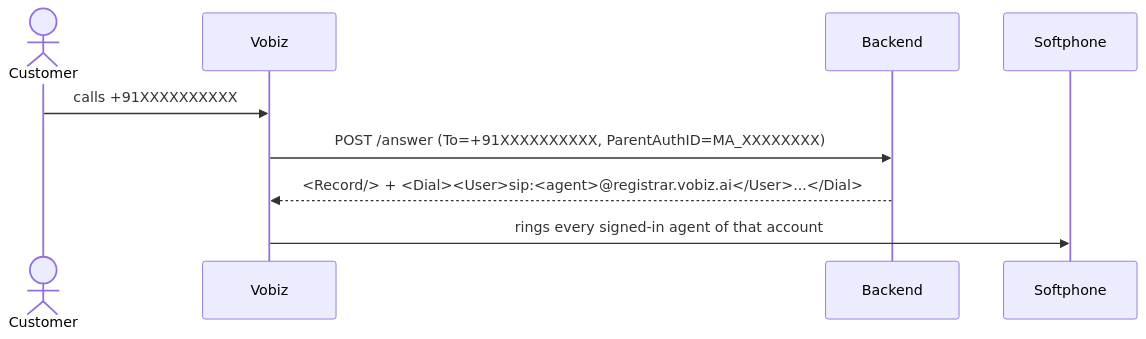
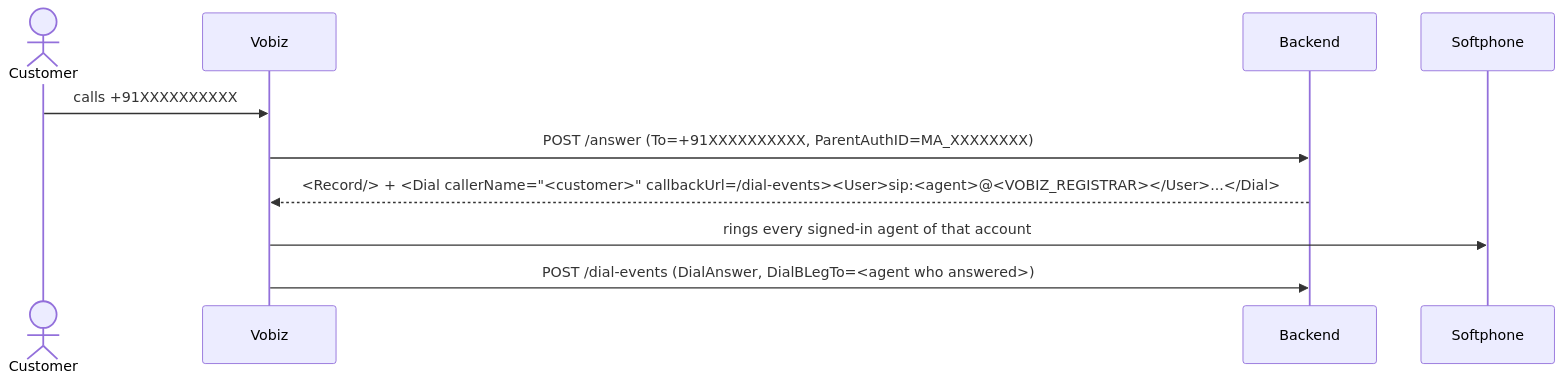
One commit to vobiz-ai/Vobiz-ServiceNow-Calling changed the third of 3 diagrams in docs/ARCHITECTURE.md. Above: the diagram before and after it, drawn with Mermaid. The commit also changed other lines of this file and 9 other files, not shown here.

First line of the commit message:
Ring only the requesting agent, log inbound calls once, longer record links (#4)

````diff
--- a/docs/ARCHITECTURE.md
+++ b/docs/ARCHITECTURE.md
@@ -71,11 +74,12 @@
 ```mermaid
 sequenceDiagram
     actor Customer
     participant Vobiz
     participant Backend
     participant Softphone
     Customer->>Vobiz: calls +91XXXXXXXXXX
     Vobiz->>Backend: POST /answer (To=+91XXXXXXXXXX, ParentAuthID=MA_XXXXXXXX)
-    Backend-->>Vobiz: <Record/> + <Dial><User>sip:<agent>@registrar.vobiz.ai</User>...</Dial>
+    Backend-->>Vobiz: <Record/> + <Dial callerName="<customer>" callbackUrl=/dial-events><User>sip:<agent>@<VOBIZ_REGISTRAR></User>...</Dial>
     Vobiz->>Softphone: rings every signed-in agent of that account
+    Vobiz->>Backend: POST /dial-events (DialAnswer, DialBLegTo=<agent who answered>)
 ```
````
